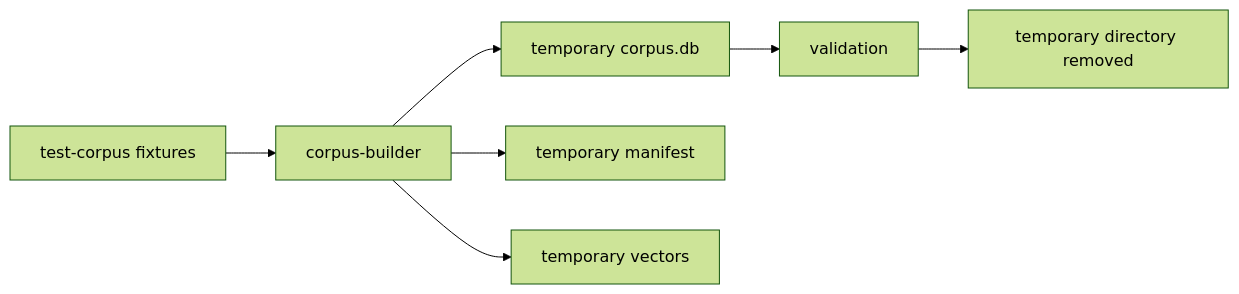
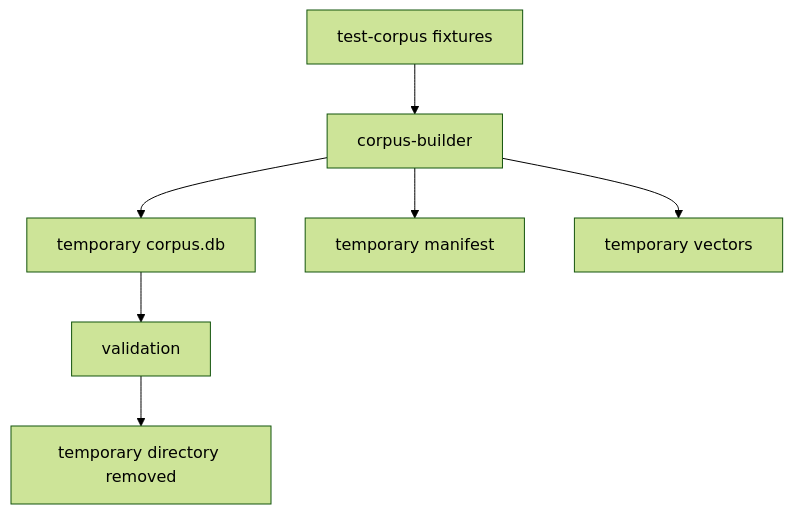
The diagram in docs/TESTS.md (folk21/sibyl), drawn with Mermaid (forest theme) before and after one commit. The commit also changed 21 other files, not shown here.

Commit message:
Improved mermaid digram l&f, detalized comments to explain complicated logic

````diff
--- a/docs/TESTS.md
+++ b/docs/TESTS.md
@@ -68,9 +68,9 @@
 ```mermaid
-flowchart LR
+flowchart TD
     F[test-corpus fixtures] --> B[corpus-builder]
     B --> D[temporary corpus.db]
     B --> M[temporary manifest]
     B --> V[temporary vectors]
     D --> C[validation]
     C --> X[temporary directory removed]
 ```
````
